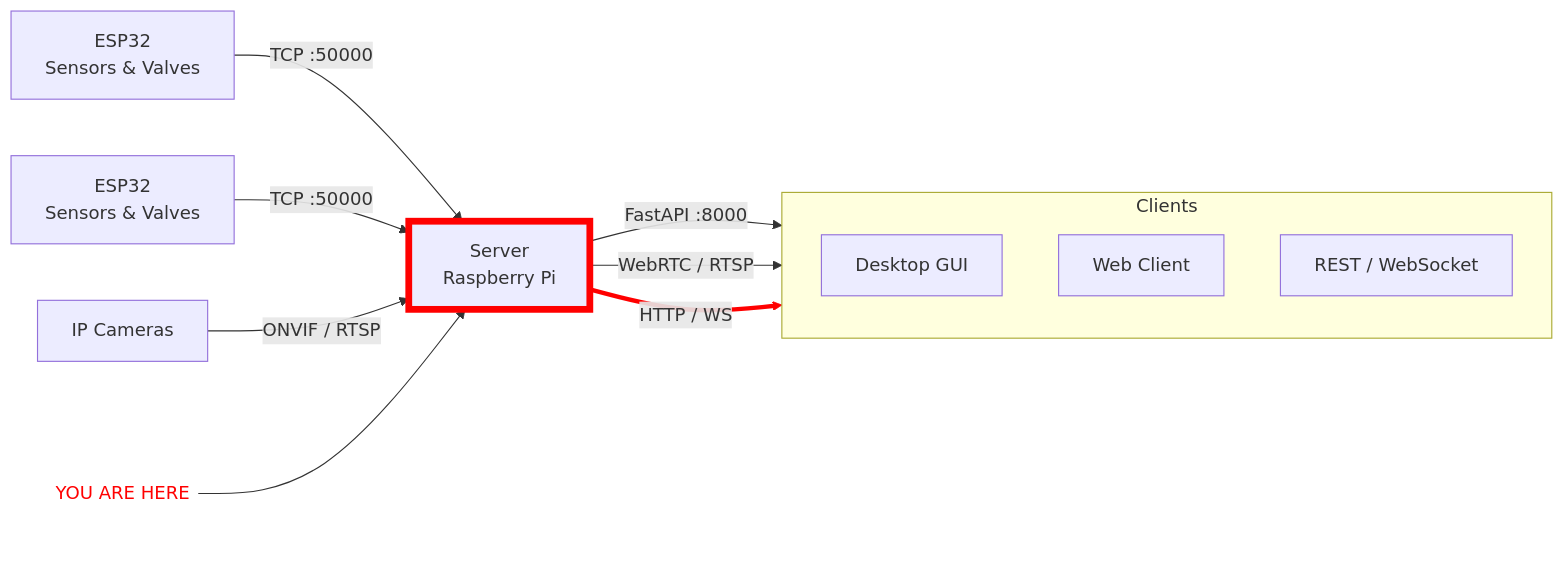
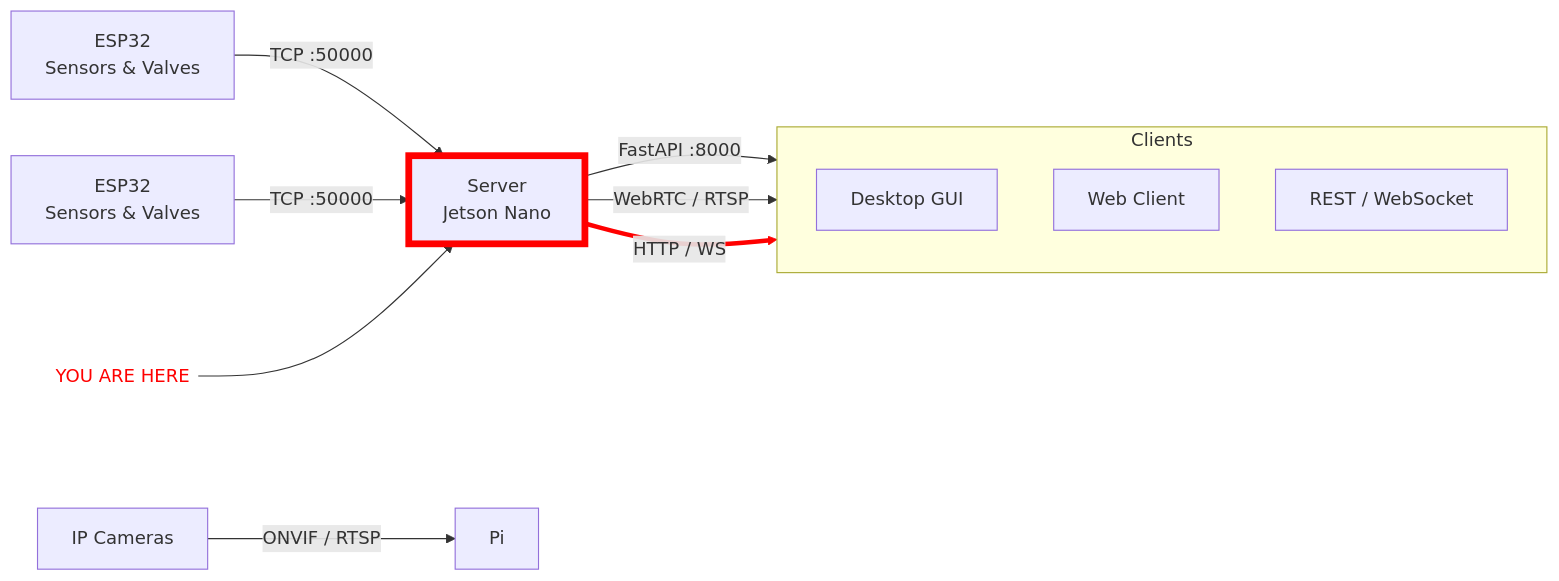
Before and after one commit to Queens-Rocket-Engineering-Team/prop-teststand: the diagram in README.md, drawn with Mermaid. The commit also changed other lines of this file, not shown here.

````diff
--- a/README.md
+++ b/README.md
@@ -9,24 +9,24 @@
 ```mermaid
 flowchart LR
-    ESP1[ESP32<br>Sensors & Valves] -->|TCP :50000| Pi
-    ESP2[ESP32<br>Sensors & Valves] -->|TCP :50000| Pi
+    ESP1[ESP32<br>Sensors & Valves] -->|TCP :50000| Server
+    ESP2[ESP32<br>Sensors & Valves] -->|TCP :50000| Server
     Cam[IP Cameras] -->|ONVIF / RTSP| Pi
 
-    Pi[Server<br>Raspberry Pi]
+    Server[Server<br>Jetson Nano]
 
     subgraph Clients
       direction TB
       GUI[Desktop GUI]
       Web[Web Client]
       API[REST / WebSocket]
     end
 
-    Pi -->|FastAPI :8000| GUI
-    Pi -->|WebRTC / RTSP| Web
-    Pi -->|HTTP / WS| API
+    Server -->|FastAPI :8000| GUI
+    Server -->|WebRTC / RTSP| Web
+    Server -->|HTTP / WS| API
 
-    Here((YOU ARE HERE)) --> Pi:::youAreHere
+    Here((YOU ARE HERE)) --> Server:::youAreHere
     classDef youAreHere stroke:red, stroke-width:6px;
     linkStyle 5 stroke:red,stroke-width:4px
     style Here fill:transparent,stroke:none,color:red;
 ```
````
